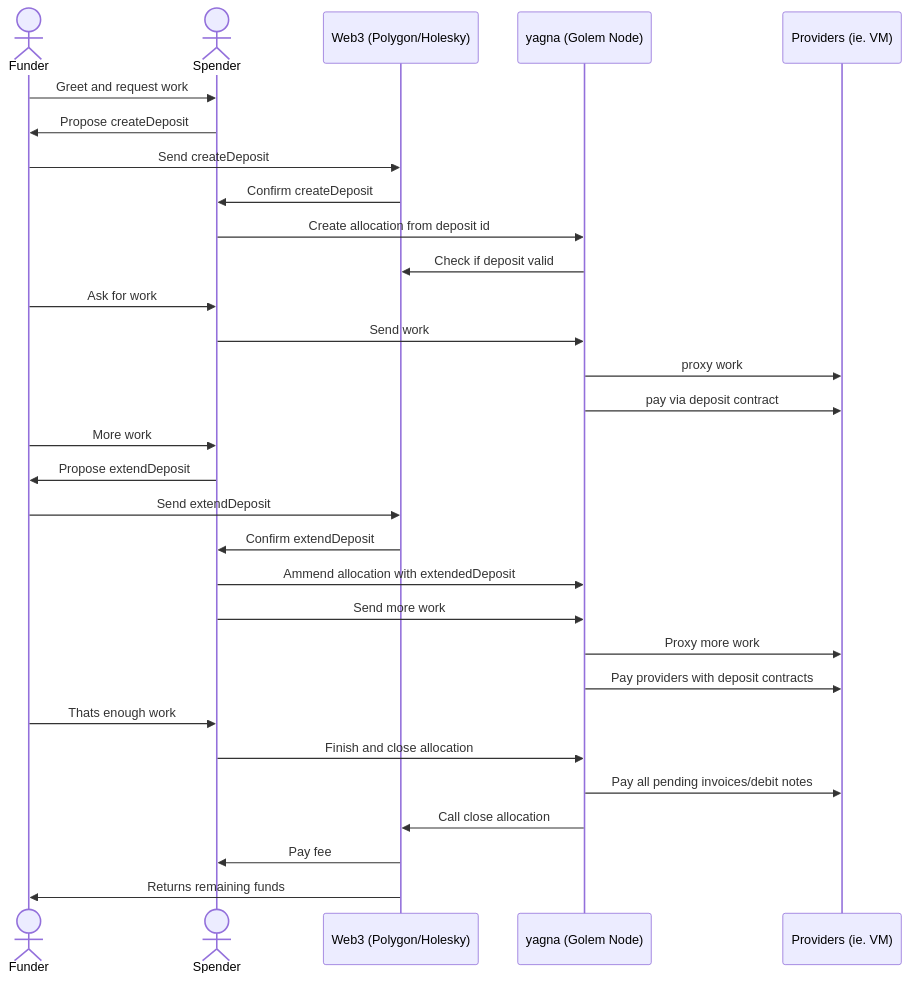
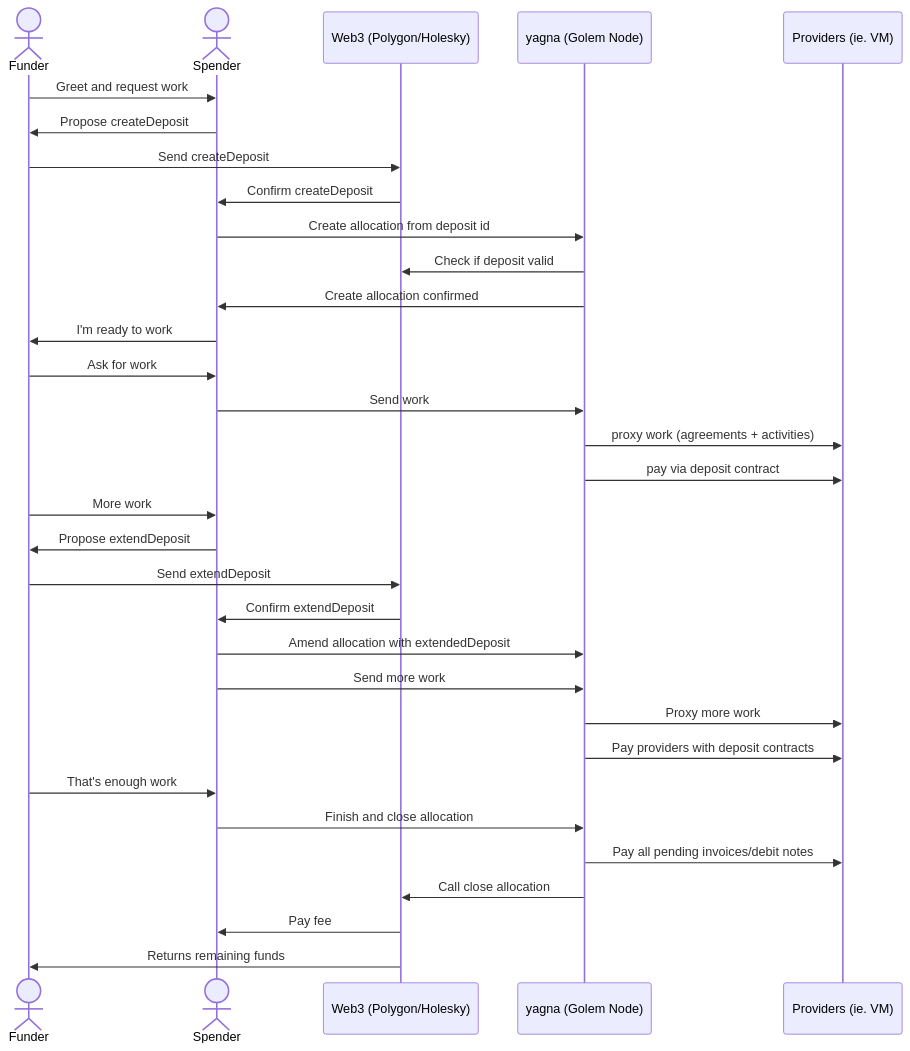
Before and after one commit to golemfactory/golem-architecture: the first of 2 diagrams in specs/deposits.md, drawn with Mermaid. The commit also changed other lines of this file and 1 other file, not shown here.

Commit message:
Work in progress - fixes

````diff
--- a/specs/deposits.md
+++ b/specs/deposits.md
@@ -183,32 +180,34 @@
 ```mermaid
 sequenceDiagram
     actor Funder
     actor Spender
     participant Web3 as Web3 (Polygon/Holesky)
     participant yagna as yagna (Golem Node)
     participant providers as Providers (ie. VM)
     Funder->>Spender: Greet and request work
     Spender->>Funder: Propose createDeposit
     Funder->>Web3: Send createDeposit
     Web3->>Spender: Confirm createDeposit
     Spender->>yagna: Create allocation from deposit id
     yagna->>Web3: Check if deposit valid
+    yagna->>Spender: Create allocation confirmed
+    Spender->>Funder: I'm ready to work
     Funder->>Spender: Ask for work
     Spender->>yagna: Send work
-    yagna->>providers: proxy work
+    yagna->>providers: proxy work (agreements + activities)
     yagna->>providers: pay via deposit contract
     Funder->>Spender: More work
     Spender->>Funder: Propose extendDeposit
     Funder->>Web3: Send extendDeposit
     Web3->>Spender: Confirm extendDeposit
-    Spender->>yagna: Ammend allocation with extendedDeposit
+    Spender->>yagna: Amend allocation with extendedDeposit
     Spender->>yagna: Send more work
     yagna->>providers: Proxy more work
     yagna->>providers: Pay providers with deposit contracts
-    Funder->>Spender: Thats enough work
+    Funder->>Spender: That's enough work
     Spender->>yagna: Finish and close allocation
     yagna->>providers: Pay all pending invoices/debit notes
     yagna->>Web3: Call close allocation
     Web3->>Spender: Pay fee
     Web3->>Funder: Returns remaining funds
 ```
````
